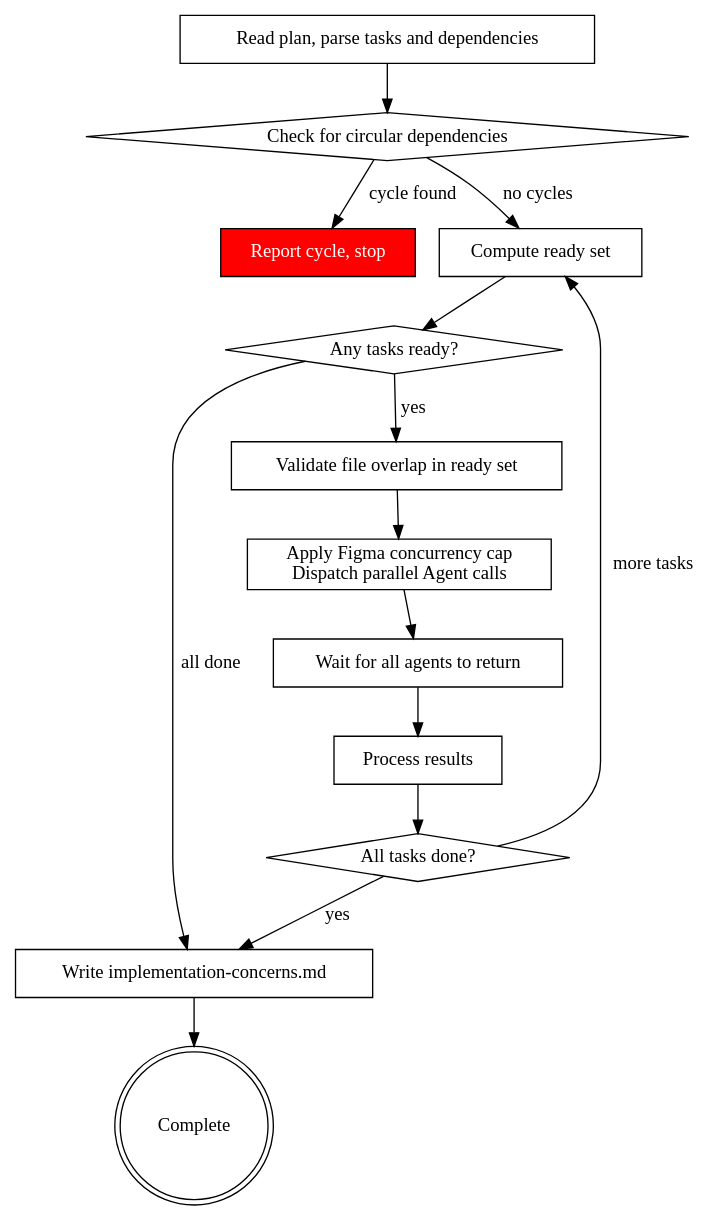
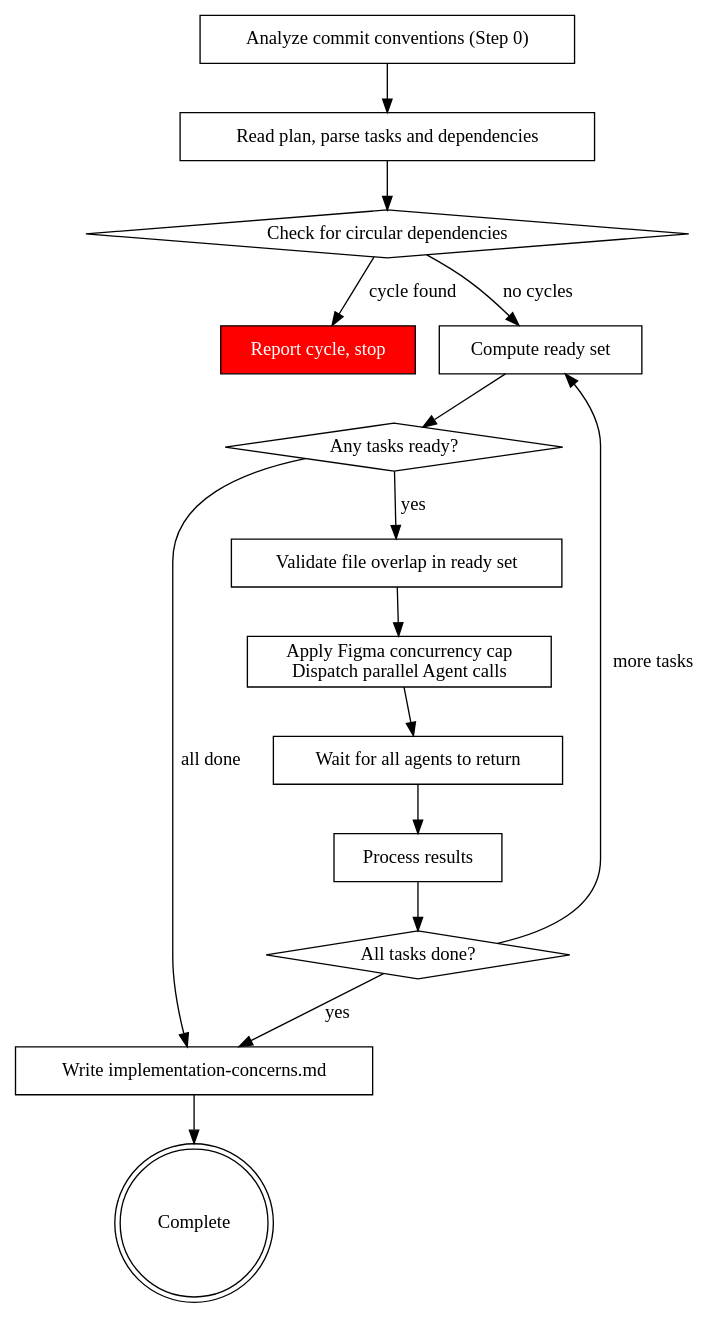
One commit to iclinic/afyapowers changed the diagram in dist/claude/skills/subagent-driven-development/SKILL.md. Above: the diagram before and after it, drawn with Graphviz. The commit also changed other lines of this file and 39 other files, not shown here.

````diff
--- a/dist/claude/skills/subagent-driven-development/SKILL.md
+++ b/dist/claude/skills/subagent-driven-development/SKILL.md
@@ -16,32 +16,34 @@
 ```dot
 digraph process {
     rankdir=TB;
 
+    "Analyze commit conventions (Step 0)" [shape=box];
     "Read plan, parse tasks and dependencies" [shape=box];
     "Check for circular dependencies" [shape=diamond];
     "Report cycle, stop" [shape=box, style=filled, fillcolor=red, fontcolor=white];
     "Compute ready set" [shape=box];
     "Any tasks ready?" [shape=diamond];
     "Validate file overlap in ready set" [shape=box];
     "Apply Figma concurrency cap\nDispatch parallel Agent calls" [shape=box];
     "Wait for all agents to return" [shape=box];
     "Process results" [shape=box];
     "All tasks done?" [shape=diamond];
     "Write implementation-concerns.md" [shape=box];
     "Complete" [shape=doublecircle];
 
+    "Analyze commit conventions (Step 0)" -> "Read plan, parse tasks and dependencies";
     "Read plan, parse tasks and dependencies" -> "Check for circular dependencies";
     "Check for circular dependencies" -> "Report cycle, stop" [label="cycle found"];
     "Check for circular dependencies" -> "Compute ready set" [label="no cycles"];
     "Compute ready set" -> "Any tasks ready?";
     "Any tasks ready?" -> "Write implementation-concerns.md" [label="all done"];
     "Any tasks ready?" -> "Validate file overlap in ready set" [label="yes"];
     "Validate file overlap in ready set" -> "Apply Figma concurrency cap\nDispatch parallel Agent calls";
     "Apply Figma concurrency cap\nDispatch parallel Agent calls" -> "Wait for all agents to return";
     "Wait for all agents to return" -> "Process results";
     "Process results" -> "All tasks done?";
     "All tasks done?" -> "Compute ready set" [label="more tasks"];
     "All tasks done?" -> "Write implementation-concerns.md" [label="yes"];
     "Write implementation-concerns.md" -> "Complete";
 }
 ```
````
